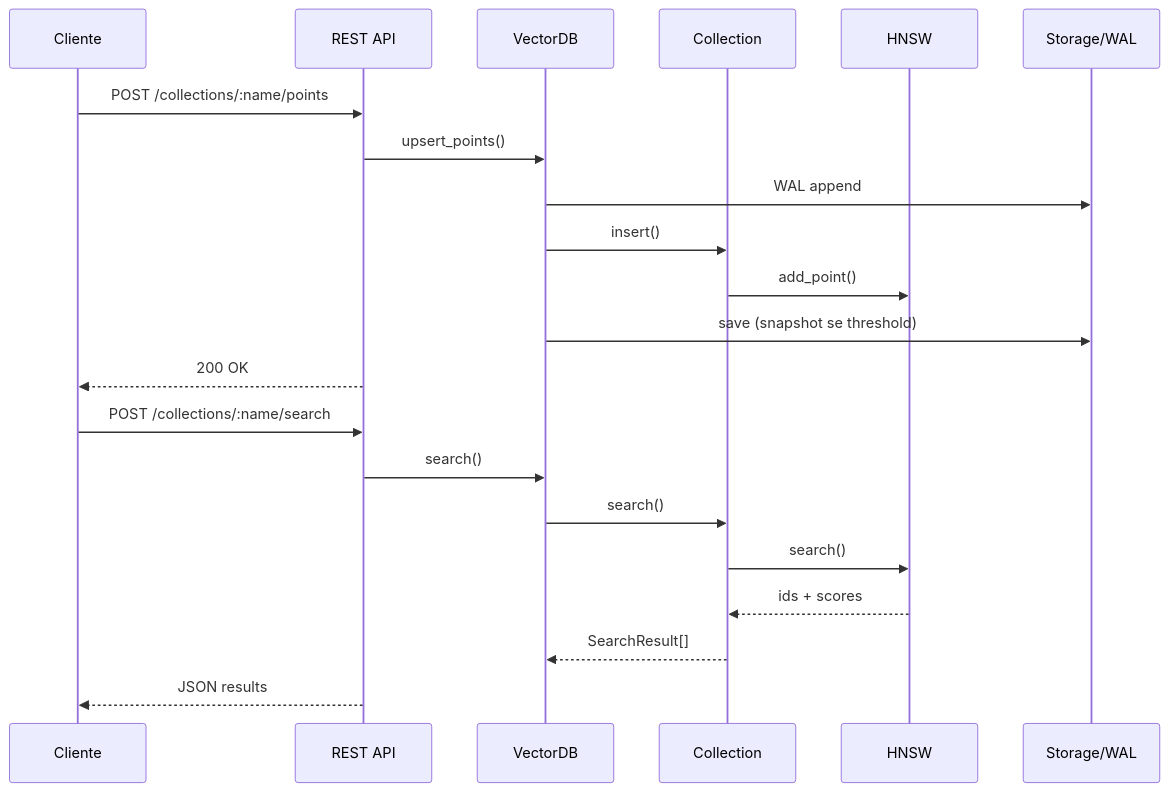
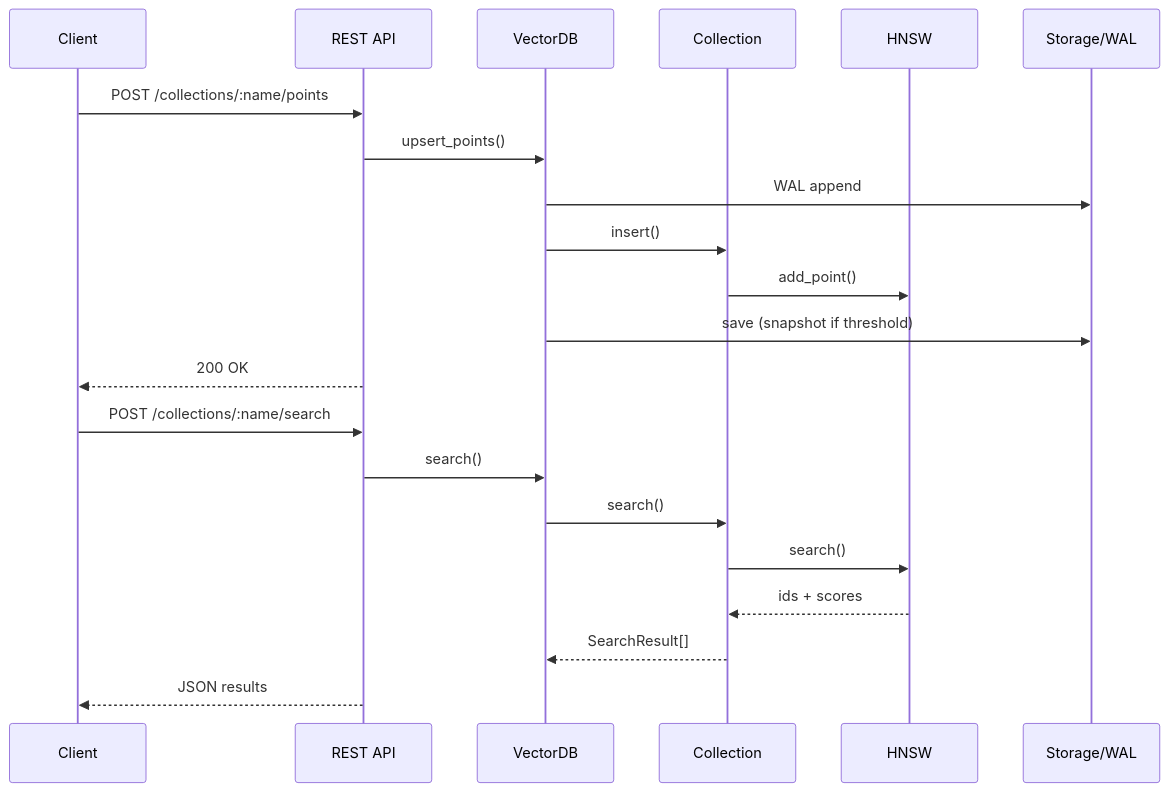
The second of 2 diagrams in docs/architecture.md (ferres-db/ferres-db), drawn with Mermaid before and after one commit. The commit also changed other lines of this file and 48 other files, not shown here.

````diff
--- a/docs/architecture.md
+++ b/docs/architecture.md
@@ -58,25 +58,25 @@
 ```mermaid
 sequenceDiagram
-  participant C as Cliente
+  participant C as Client
   participant API as REST API
   participant DB as VectorDB
   participant Col as Collection
   participant HNSW as HNSW
   participant Disk as Storage/WAL
 
   C->>API: POST /collections/:name/points
   API->>DB: upsert_points()
   DB->>Disk: WAL append
   DB->>Col: insert()
   Col->>HNSW: add_point()
-  DB->>Disk: save (snapshot se threshold)
+  DB->>Disk: save (snapshot if threshold)
   API-->>C: 200 OK
 
   C->>API: POST /collections/:name/search
   API->>DB: search()
   DB->>Col: search()
   Col->>HNSW: search()
   HNSW-->>Col: ids + scores
   Col-->>DB: SearchResult[]
   API-->>C: JSON results
 ```
````
